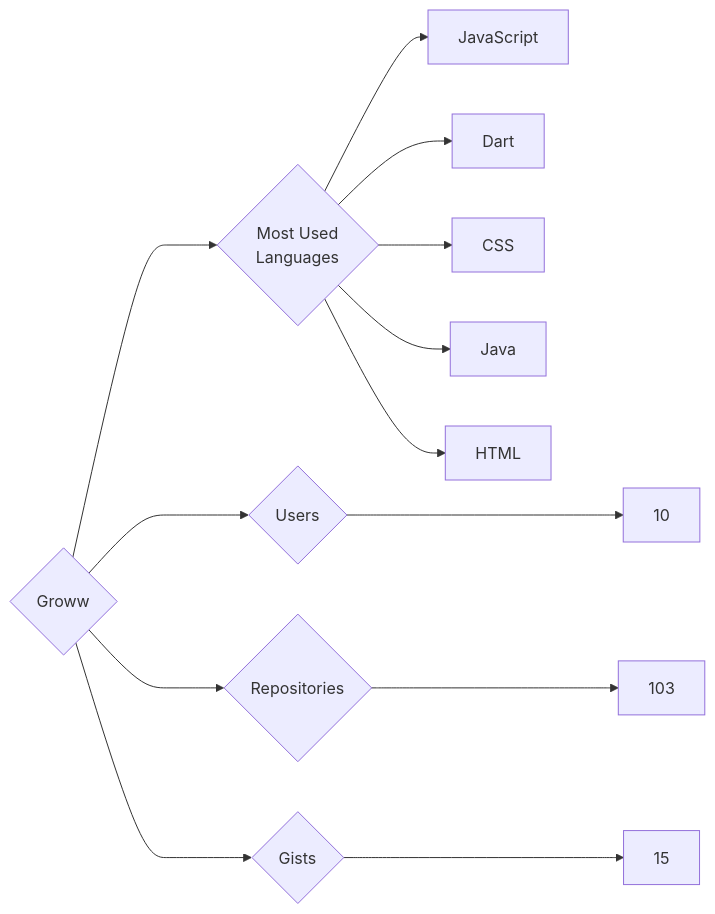
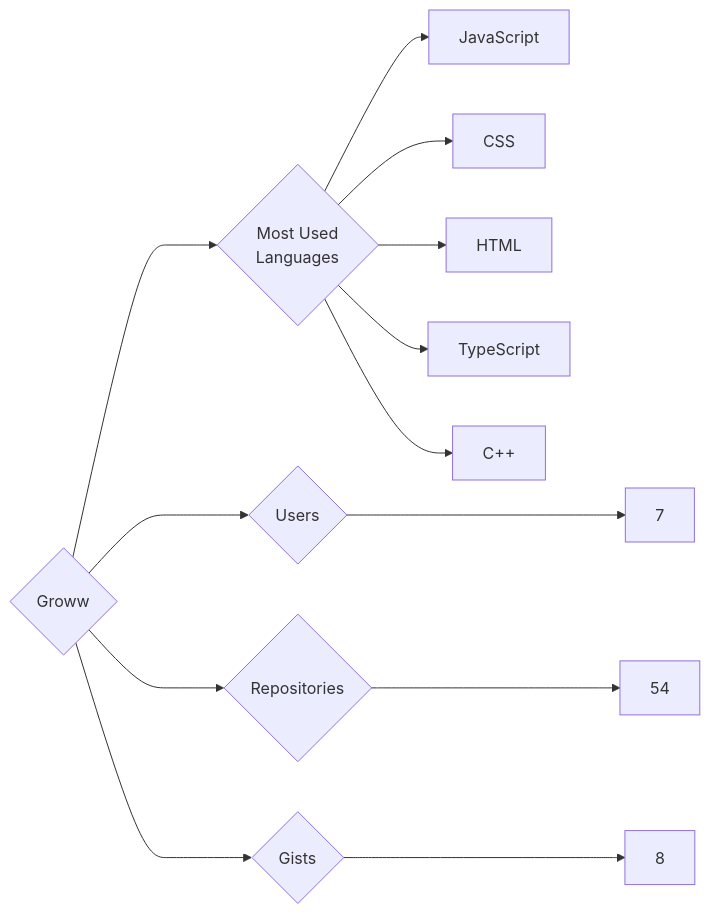
The diagram in targets/Groww/README.md (trickest/insiders), drawn with Mermaid before and after one commit. The commit also changed 618 other files, not shown here.

````diff
--- a/targets/Groww/README.md
+++ b/targets/Groww/README.md
@@ -3,13 +3,13 @@
 ```mermaid
 graph LR
 COMPANY_NAME{Groww}
-COMPANY_NAME ---> U{Users} ---> UN[10]
-COMPANY_NAME ---> R{Repositories} ---> RN[103]
-COMPANY_NAME ---> G{Gists} ---> GN[15]
+COMPANY_NAME ---> U{Users} ---> UN[7]
+COMPANY_NAME ---> R{Repositories} ---> RN[54]
+COMPANY_NAME ---> G{Gists} ---> GN[8]
 COMPANY_NAME ---> ML{Most Used<br>Languages}
 ML --> JavaScript[JavaScript]
-ML --> Dart[Dart]
 ML --> CSS[CSS]
-ML --> Java[Java]
 ML --> HTML[HTML]
+ML --> TypeScript[TypeScript]
+ML --> C++[C++]
 ```
````
